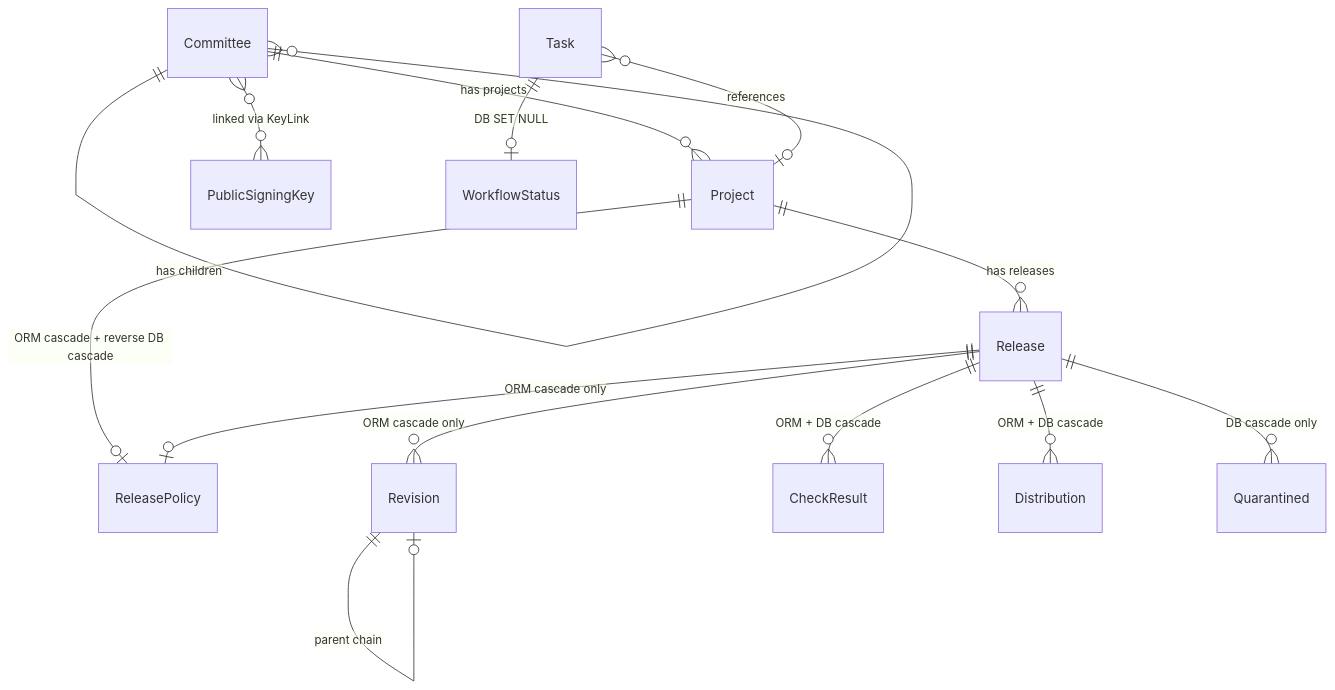
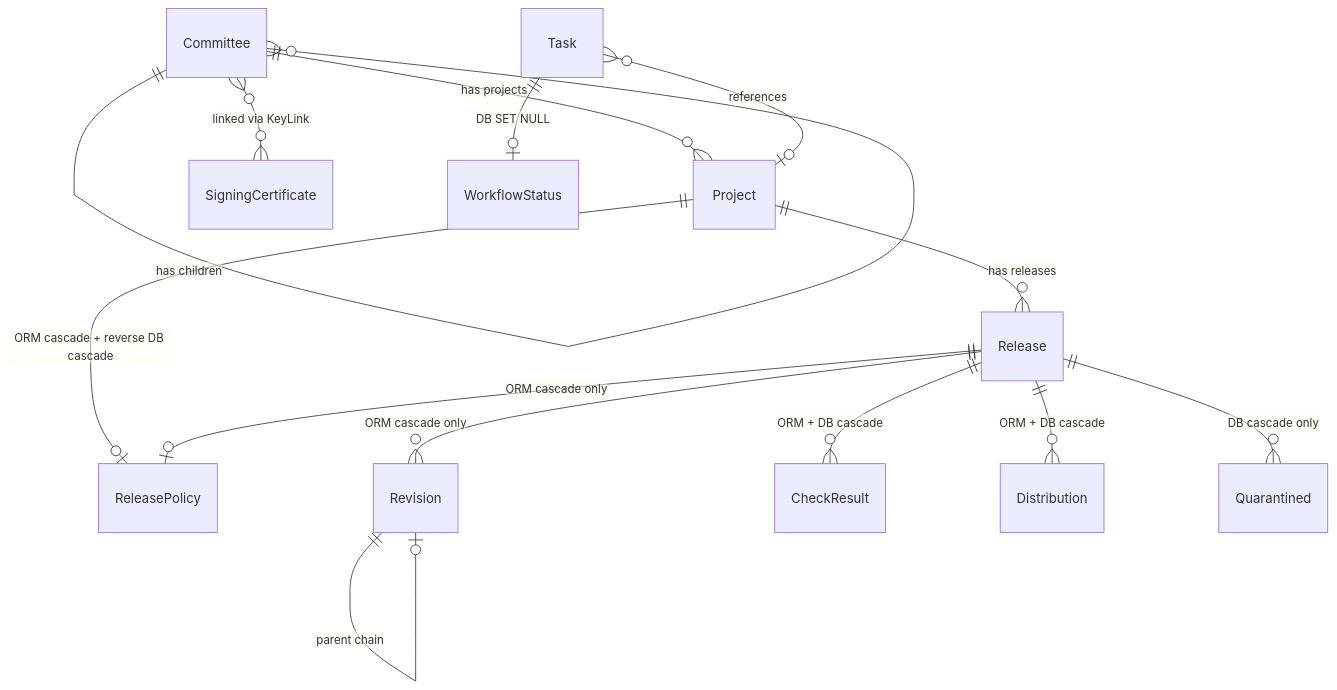
Before and after one commit to apache/tooling-trusted-releases: the first of 3 diagrams in atr/docs/database.md, drawn with Mermaid. The commit also changed other lines of this file and 25 other files, not shown here.

````diff
--- a/atr/docs/database.md
+++ b/atr/docs/database.md
@@ -85,16 +85,16 @@
 ```mermaid
 erDiagram
     Committee ||--o{ Project : "has projects"
     Committee ||--o{ Committee : "has children"
-    Committee }o--o{ PublicSigningKey : "linked via KeyLink"
+    Committee }o--o{ SigningCertificate : "linked via KeyLink"
     Project ||--o{ Release : "has releases"
     Project ||--o| ReleasePolicy : "ORM cascade + reverse DB cascade"
     Release ||--o{ Revision : "ORM cascade only"
     Release ||--o{ CheckResult : "ORM + DB cascade"
     Release ||--o{ Distribution : "ORM + DB cascade"
     Release ||--o{ Quarantined : "DB cascade only"
     Release ||--o| ReleasePolicy : "ORM cascade only"
     Revision ||--o| Revision : "parent chain"
     Task ||--o| WorkflowStatus : "DB SET NULL"
     Task }o--o| Project : "references"
 ```
````
